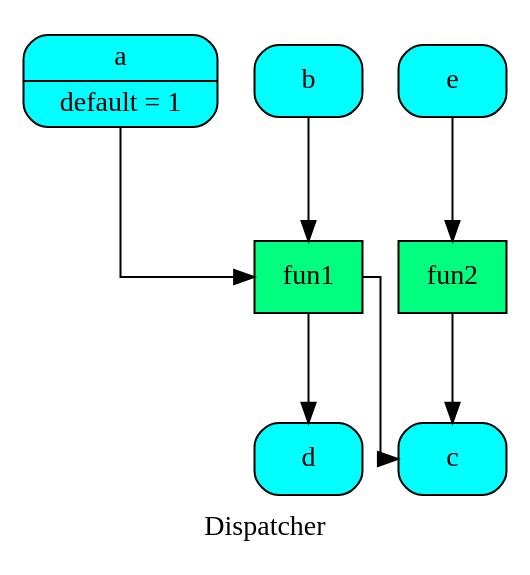
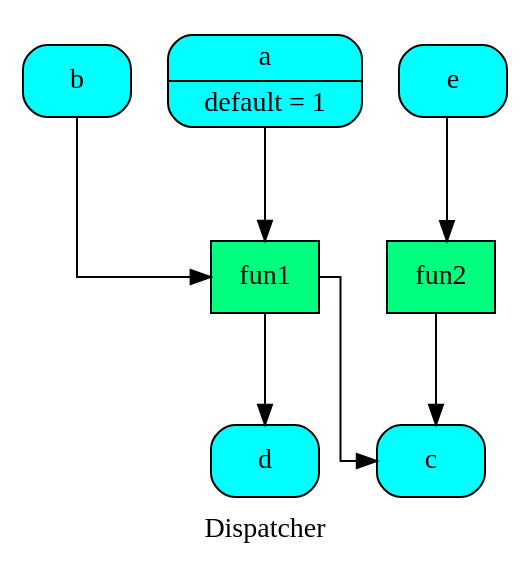
One commit to vinci1it2000/schedula changed the diagram in doc/source/dispatcher/__init__/get_sub_dsp_from_workflow/dsp.dot. Above: the diagram before and after it, drawn with Graphviz. The commit also changed 23 other files, not shown here.

```diff
--- a/doc/source/dispatcher/__init__/get_sub_dsp_from_workflow/dsp.dot
+++ b/doc/source/dispatcher/__init__/get_sub_dsp_from_workflow/dsp.dot
@@ -1,19 +1,19 @@
 digraph Dispatcher {
 	graph [ratio=1]
 	node [style=filled]
 	splines = ortho
 	label = "Dispatcher"
-		"Dispatcher_-2290100777915181328" [label="{ fun2  }" fillcolor=springgreen shape=record]
-		"Dispatcher_-7791503906178856011" [label="{ fun1  }" fillcolor=springgreen shape=record]
-		Dispatcher_1161704250910580454 [label="{ c  }" fillcolor=cyan shape=Mrecord]
-		"Dispatcher_-7776202301500148952" [label="{ a | default = 1 }" fillcolor=cyan shape=Mrecord]
-		Dispatcher_1839105624103145851 [label="{ e  }" fillcolor=cyan shape=Mrecord]
-		Dispatcher_3212931600518739037 [label="{ b  }" fillcolor=cyan shape=Mrecord]
-		Dispatcher_1248373816960019038 [label="{ d  }" fillcolor=cyan shape=Mrecord]
-			"Dispatcher_-2290100777915181328" -> Dispatcher_1161704250910580454
-			"Dispatcher_-7791503906178856011" -> Dispatcher_1248373816960019038
-			"Dispatcher_-7791503906178856011" -> Dispatcher_1161704250910580454
-			"Dispatcher_-7776202301500148952" -> "Dispatcher_-7791503906178856011"
-			Dispatcher_1839105624103145851 -> "Dispatcher_-2290100777915181328"
-			Dispatcher_3212931600518739037 -> "Dispatcher_-7791503906178856011"
+		"Dispatcher_-427784935824896063" [label="{ b  }" fillcolor=cyan shape=Mrecord]
+		"Dispatcher_-4445111242917612282" [label="{ e  }" fillcolor=cyan shape=Mrecord]
+		Dispatcher_3788701081272013541 [label="{ fun1  }" fillcolor=springgreen shape=record]
+		Dispatcher_5626300579074633926 [label="{ c  }" fillcolor=cyan shape=Mrecord]
+		"Dispatcher_-3574468403947108869" [label="{ a | default = 1 }" fillcolor=cyan shape=Mrecord]
+		"Dispatcher_-326614085633400115" [label="{ fun2  }" fillcolor=springgreen shape=record]
+		"Dispatcher_-6866225254170713515" [label="{ d  }" fillcolor=cyan shape=Mrecord]
+			"Dispatcher_-427784935824896063" -> Dispatcher_3788701081272013541
+			"Dispatcher_-4445111242917612282" -> "Dispatcher_-326614085633400115"
+			Dispatcher_3788701081272013541 -> "Dispatcher_-6866225254170713515"
+			Dispatcher_3788701081272013541 -> Dispatcher_5626300579074633926
+			"Dispatcher_-3574468403947108869" -> Dispatcher_3788701081272013541
+			"Dispatcher_-326614085633400115" -> Dispatcher_5626300579074633926
 }
```
